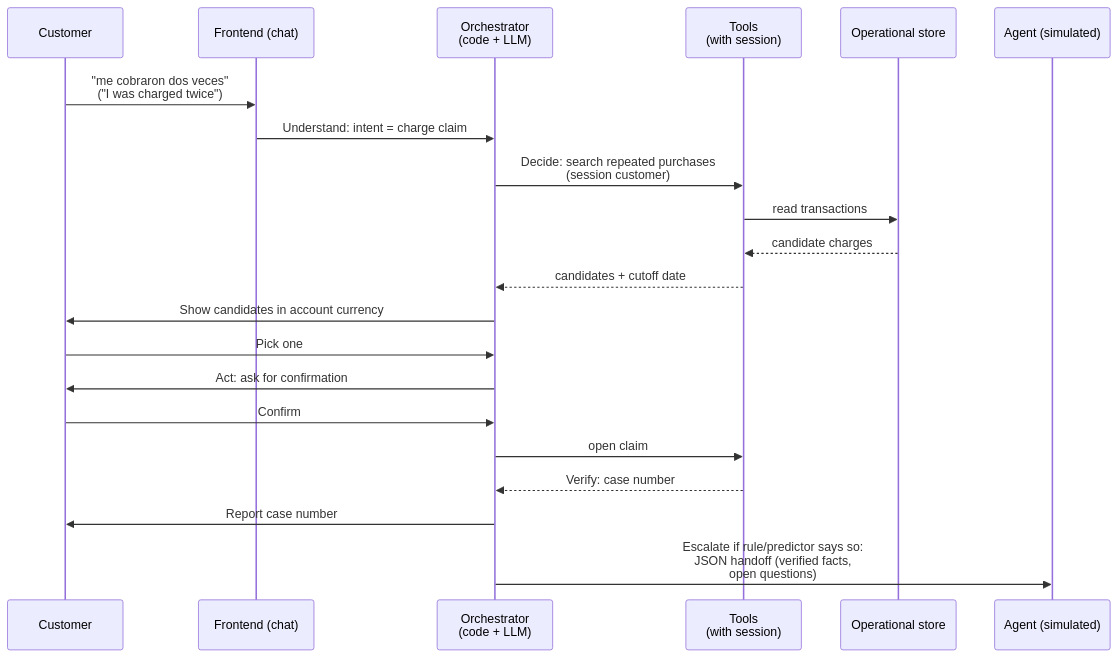
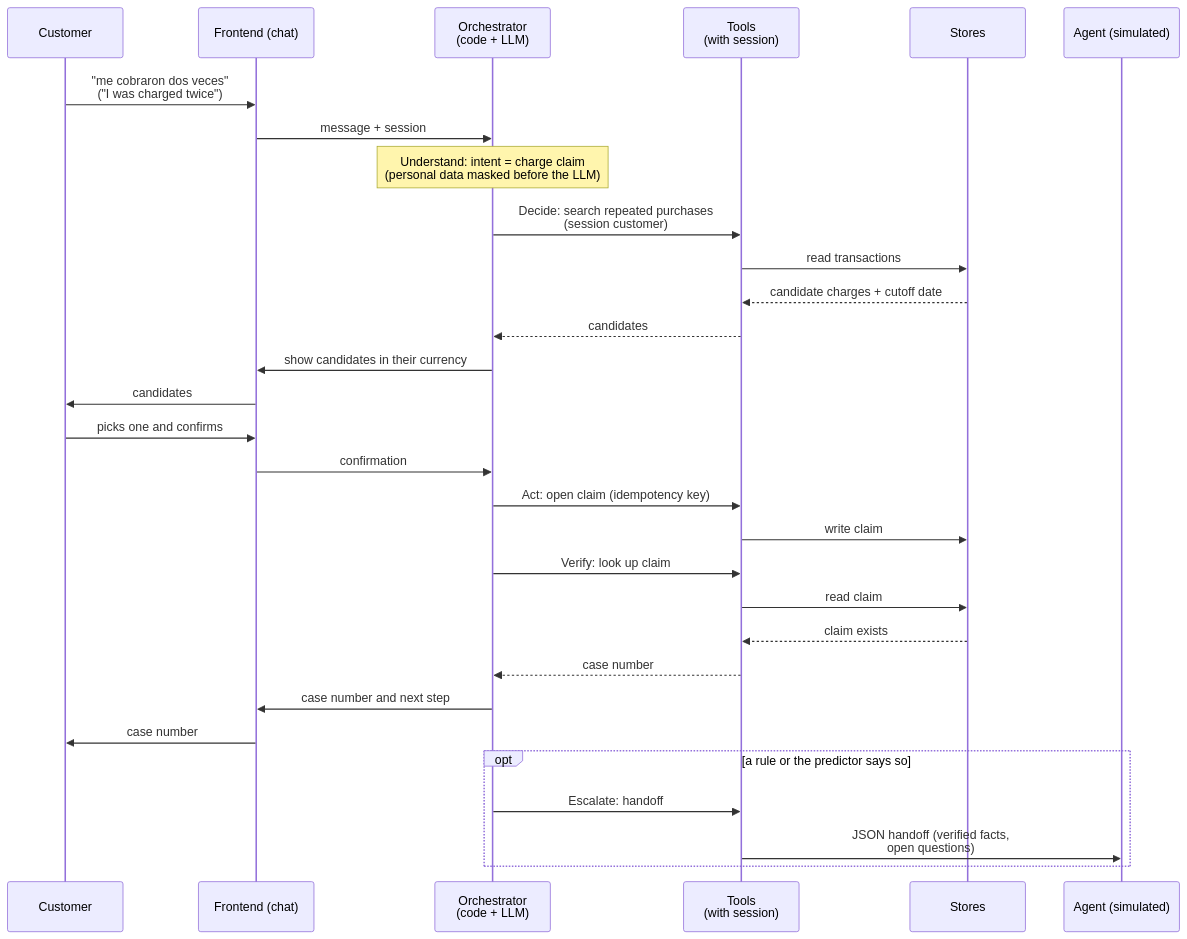
One commit to rdorta27/factored-hackathon-2026-sentinel-engine changed the fourth of 4 diagrams in docs/understand/architecture.md. Above: the diagram before and after it, drawn with Mermaid. The commit also changed other lines of this file, not shown here.

First line of the commit message:
docs: align architecture with the disputes flow and add components and mocks

````diff
--- a/docs/understand/architecture.md
+++ b/docs/understand/architecture.md
@@ -62,23 +89,32 @@
 ```mermaid
 sequenceDiagram
     participant C as Customer
     participant F as Frontend (chat)
     participant O as Orchestrator<br/>(code + LLM)
     participant T as Tools<br/>(with session)
-    participant S as Operational store
+    participant S as Stores
     participant A as Agent (simulated)
     C->>F: "me cobraron dos veces"<br/>("I was charged twice")
-    F->>O: Understand: intent = charge claim
+    F->>O: message + session
+    Note over O: Understand: intent = charge claim<br/>(personal data masked before the LLM)
     O->>T: Decide: search repeated purchases<br/>(session customer)
     T->>S: read transactions
-    S-->>T: candidate charges
-    T-->>O: candidates + cutoff date
-    O->>C: Show candidates in account currency
-    C->>O: Pick one
-    O->>C: Act: ask for confirmation
-    C->>O: Confirm
-    O->>T: open claim
-    T-->>O: Verify: case number
-    O->>C: Report case number
-    O->>A: Escalate if rule/predictor says so:<br/>JSON handoff (verified facts,<br/>open questions)
+    S-->>T: candidate charges + cutoff date
+    T-->>O: candidates
+    O->>F: show candidates in their currency
+    F->>C: candidates
+    C->>F: picks one and confirms
+    F->>O: confirmation
+    O->>T: Act: open claim (idempotency key)
+    T->>S: write claim
+    O->>T: Verify: look up claim
+    T->>S: read claim
+    S-->>T: claim exists
+    T-->>O: case number
+    O->>F: case number and next step
+    F->>C: case number
+    opt a rule or the predictor says so
+        O->>T: Escalate: handoff
+        T->>A: JSON handoff (verified facts,<br/>open questions)
+    end
 ```
````
